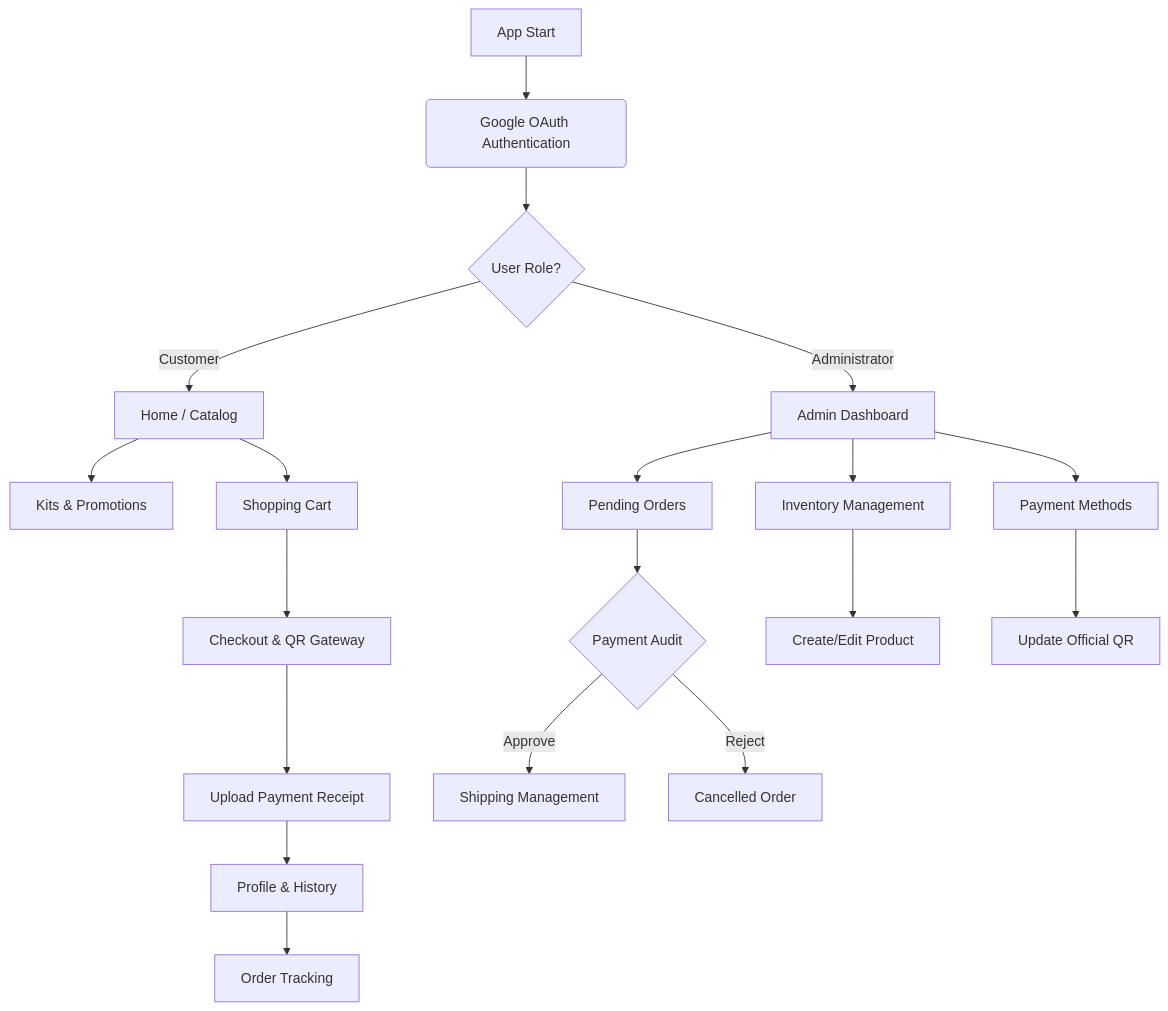
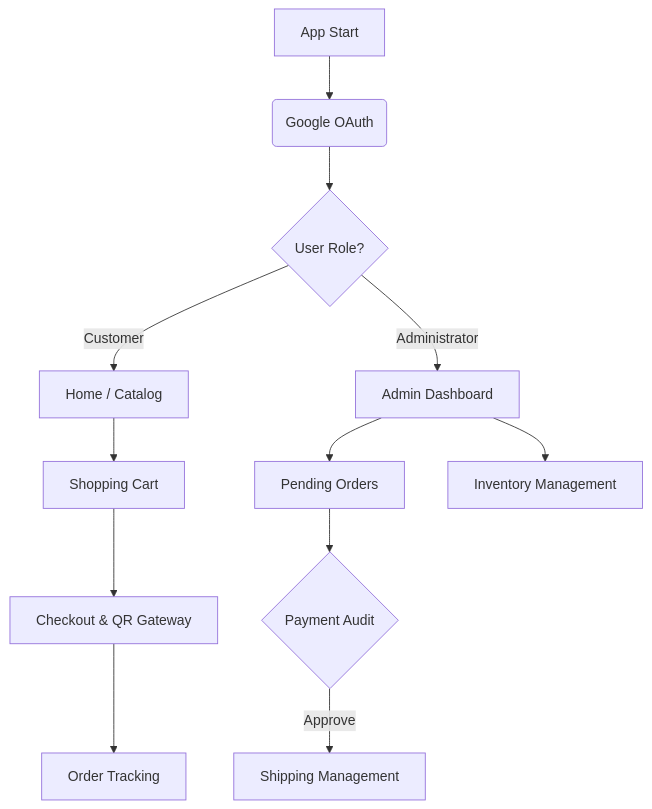
Before and after one commit to JastinBolanos/E-Commerce-KMP: the diagram in README.md, drawn with Mermaid. The commit also changed other lines of this file, not shown here.

````diff
--- a/README.md
+++ b/README.md
@@ -126,27 +57,19 @@
 ```mermaid
 graph TD
-    A[ App Start] --> B(Google OAuth Authentication)
+    A[ App Start ] --> B(Google OAuth)
     B --> C{User Role?}
     
     %% Customer Flow (B2C)
-    C -->|Customer| D[ Home / Catalog]
-    D --> E[Kits & Promotions]
-    D --> F[ Shopping Cart]
-    F --> G[ Checkout & QR Gateway]
-    G --> H[ Upload Payment Receipt]
-    H --> I[ Profile & History]
-    I --> J[ Order Tracking]
+    C -->|Customer| D[ Home / Catalog ]
+    D --> E[ Shopping Cart ]
+    E --> F[ Checkout & QR Gateway ]
+    F --> G[ Order Tracking ]
     
     %% Admin Flow (B2B)
-    C -->|Administrator| K[ Admin Dashboard]
-    K --> L[ Pending Orders]
-    L --> M{Payment Audit}
-    M -->|Approve| N[ Shipping Management]
-    M -->|Reject| O[ Cancelled Order]
+    C -->|Administrator| H[ Admin Dashboard ]
+    H --> I[ Pending Orders ]
+    I --> J{Payment Audit}
+    J -->|Approve| K[ Shipping Management ]
     
-    K --> P[ Inventory Management]
-    P --> Q[ Create/Edit Product]
-    
-    K --> R[ Payment Methods]
-    R --> S[ Update Official QR]
+    H --> L[ Inventory Management ]
 ```
````
